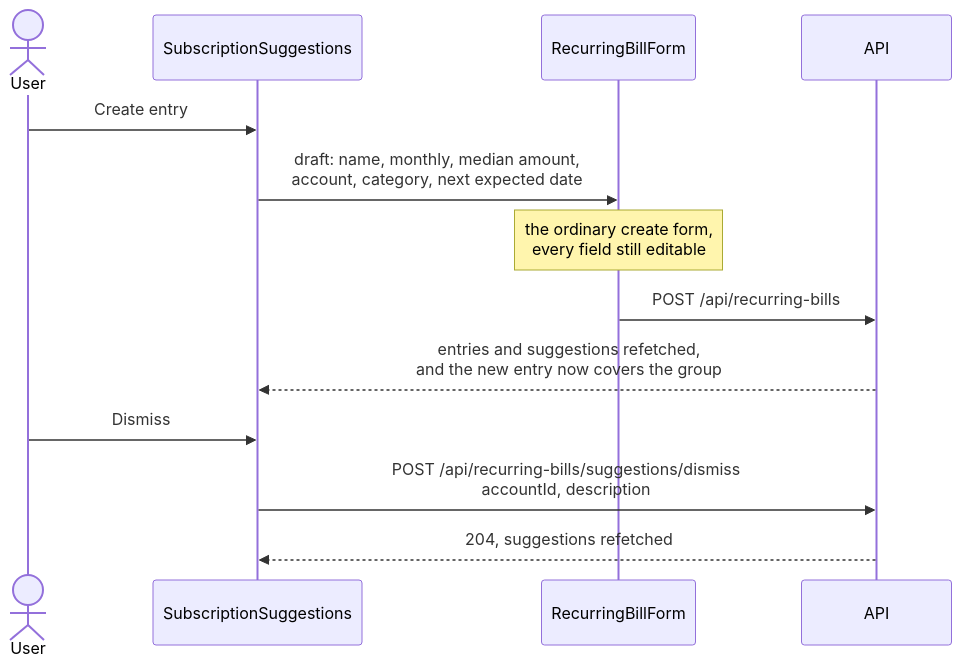
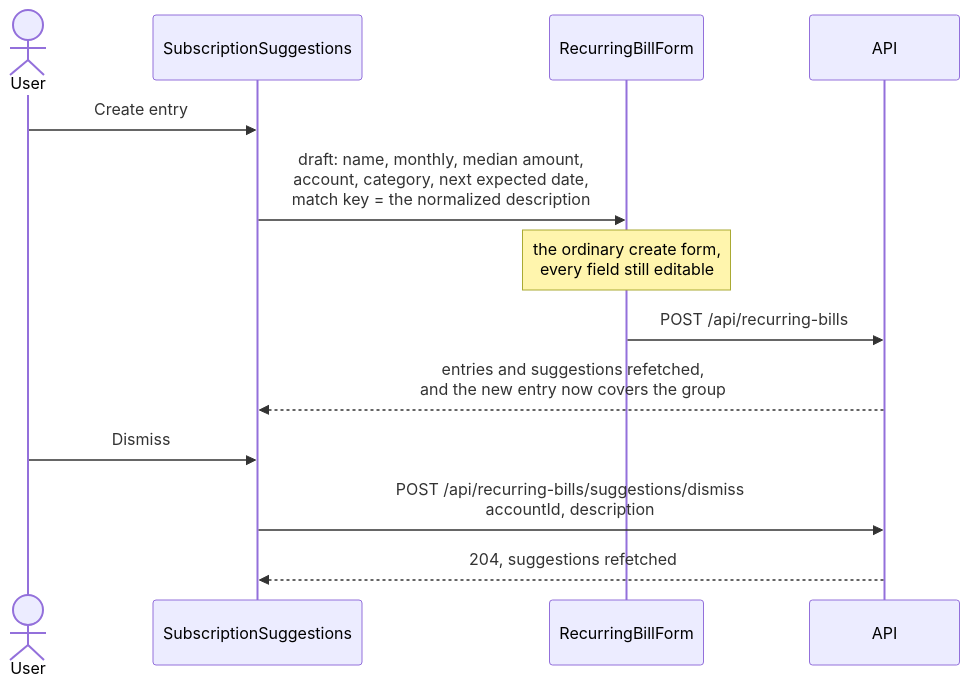
The fourth of 4 diagrams in docs/features/recurring-bills.md (Justxs/Jx-Finance), drawn with Mermaid before and after one commit. The commit also changed other lines of this file and 76 other files, not shown here.

````diff
--- a/docs/features/recurring-bills.md
+++ b/docs/features/recurring-bills.md
@@ -127,15 +127,15 @@
 ```mermaid
 sequenceDiagram
     actor User
     participant List as SubscriptionSuggestions
     participant Form as RecurringBillForm
     participant Api as API
     User->>List: Create entry
-    List->>Form: draft: name, monthly, median amount,<br/>account, category, next expected date
+    List->>Form: draft: name, monthly, median amount,<br/>account, category, next expected date,<br/>match key = the normalized description
     Note over Form: the ordinary create form,<br/>every field still editable
     Form->>Api: POST /api/recurring-bills
     Api-->>List: entries and suggestions refetched,<br/>and the new entry now covers the group
     User->>List: Dismiss
     List->>Api: POST /api/recurring-bills/suggestions/dismiss<br/>accountId, description
     Api-->>List: 204, suggestions refetched
 ```
````
